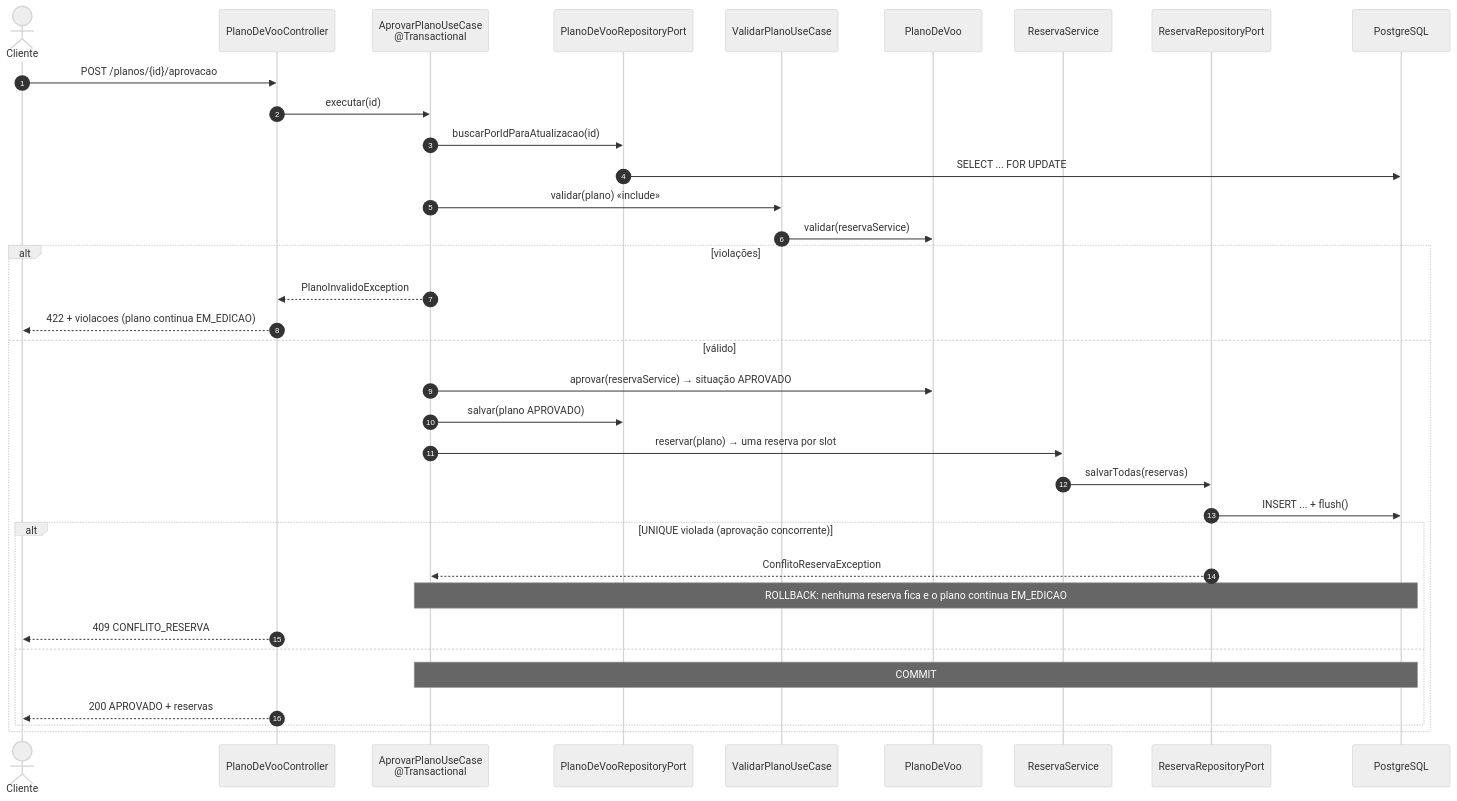
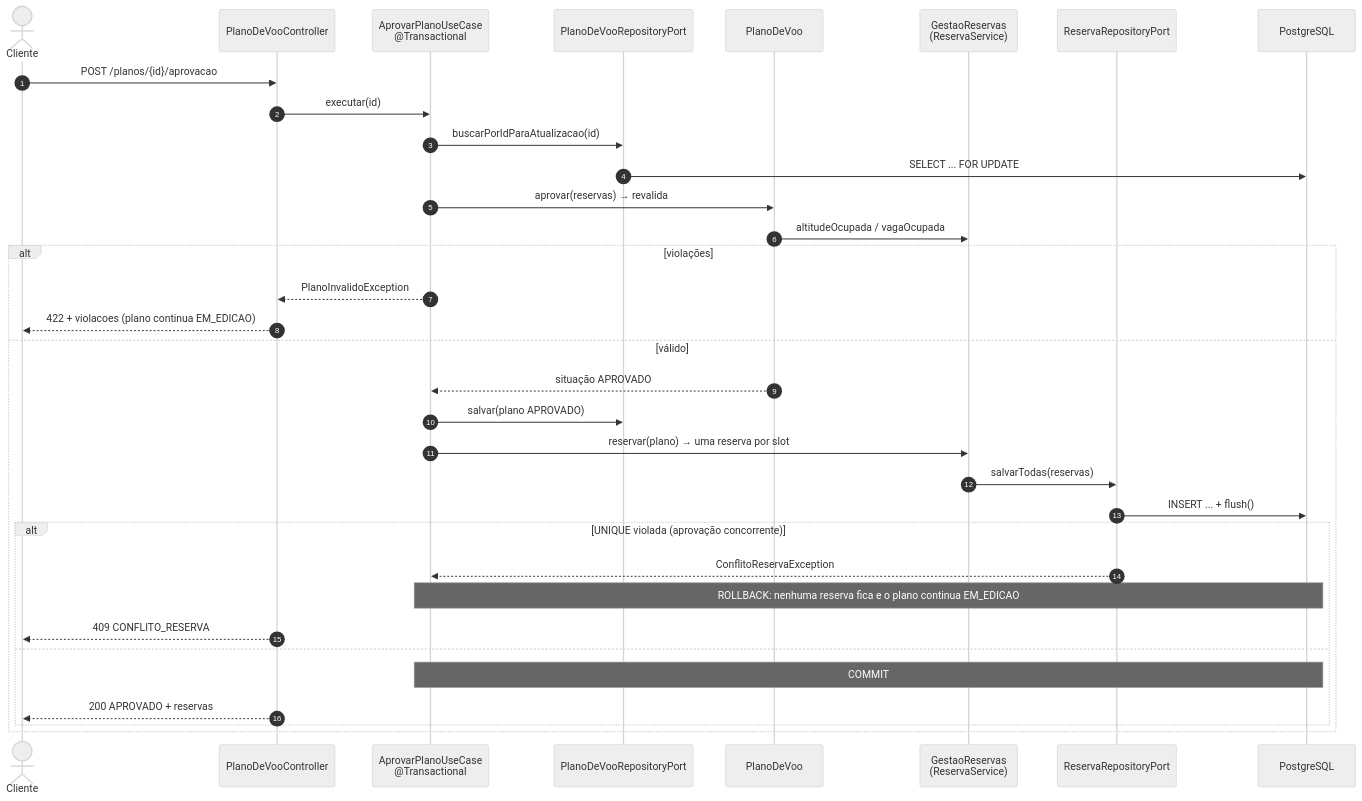
One commit to acpurper/PlanosDeVoo changed the fourth of 4 diagrams in docs/c4.md. Above: the diagram before and after it, drawn with Mermaid (neutral theme). The commit also changed other lines of this file and 18 other files, not shown here.

````diff
--- a/docs/c4.md
+++ b/docs/c4.md
@@ -178,38 +186,37 @@
 ```mermaid
 sequenceDiagram
     autonumber
     actor C as Cliente
     participant Ctl as PlanoDeVooController
     participant Ap as AprovarPlanoUseCase<br/>@Transactional
     participant Pp as PlanoDeVooRepositoryPort
-    participant V as ValidarPlanoUseCase
     participant P as PlanoDeVoo
-    participant Rs as ReservaService
+    participant Rs as GestaoReservas<br/>(ReservaService)
     participant Rp as ReservaRepositoryPort
     participant DB as PostgreSQL
 
     C->>Ctl: POST /planos/{id}/aprovacao
     Ctl->>Ap: executar(id)
     Ap->>Pp: buscarPorIdParaAtualizacao(id)
     Pp->>DB: SELECT ... FOR UPDATE
-    Ap->>V: validar(plano) «include»
-    V->>P: validar(reservaService)
+    Ap->>P: aprovar(reservas) → revalida
+    P->>Rs: altitudeOcupada / vagaOcupada
     alt violações
         Ap-->>Ctl: PlanoInvalidoException
         Ctl-->>C: 422 + violacoes (plano continua EM_EDICAO)
     else válido
-        Ap->>P: aprovar(reservaService) → situação APROVADO
+        P-->>Ap: situação APROVADO
         Ap->>Pp: salvar(plano APROVADO)
         Ap->>Rs: reservar(plano) → uma reserva por slot
         Rs->>Rp: salvarTodas(reservas)
         Rp->>DB: INSERT ... + flush()
         alt UNIQUE violada (aprovação concorrente)
             Rp-->>Ap: ConflitoReservaException
             Note over Ap,DB: ROLLBACK: nenhuma reserva fica e o plano continua EM_EDICAO
             Ctl-->>C: 409 CONFLITO_RESERVA
         else
             Note over Ap,DB: COMMIT
             Ctl-->>C: 200 APROVADO + reservas
         end
     end
 ```
````
